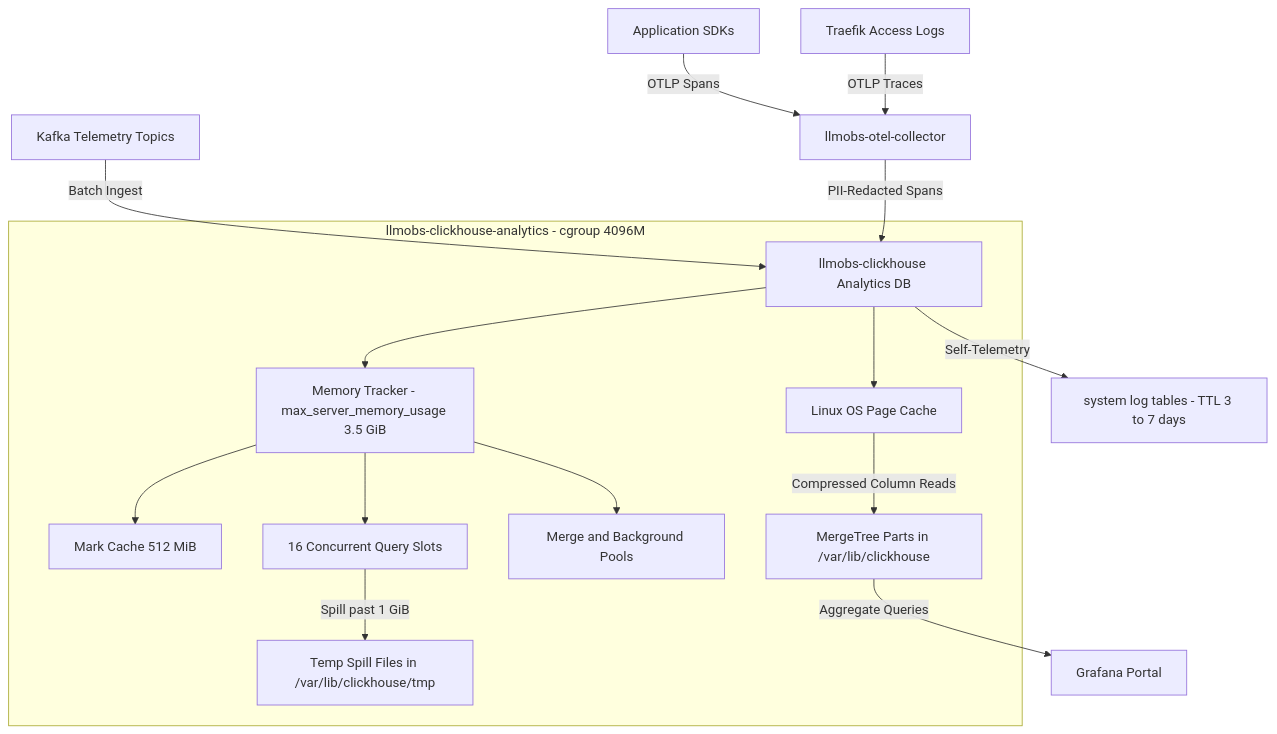
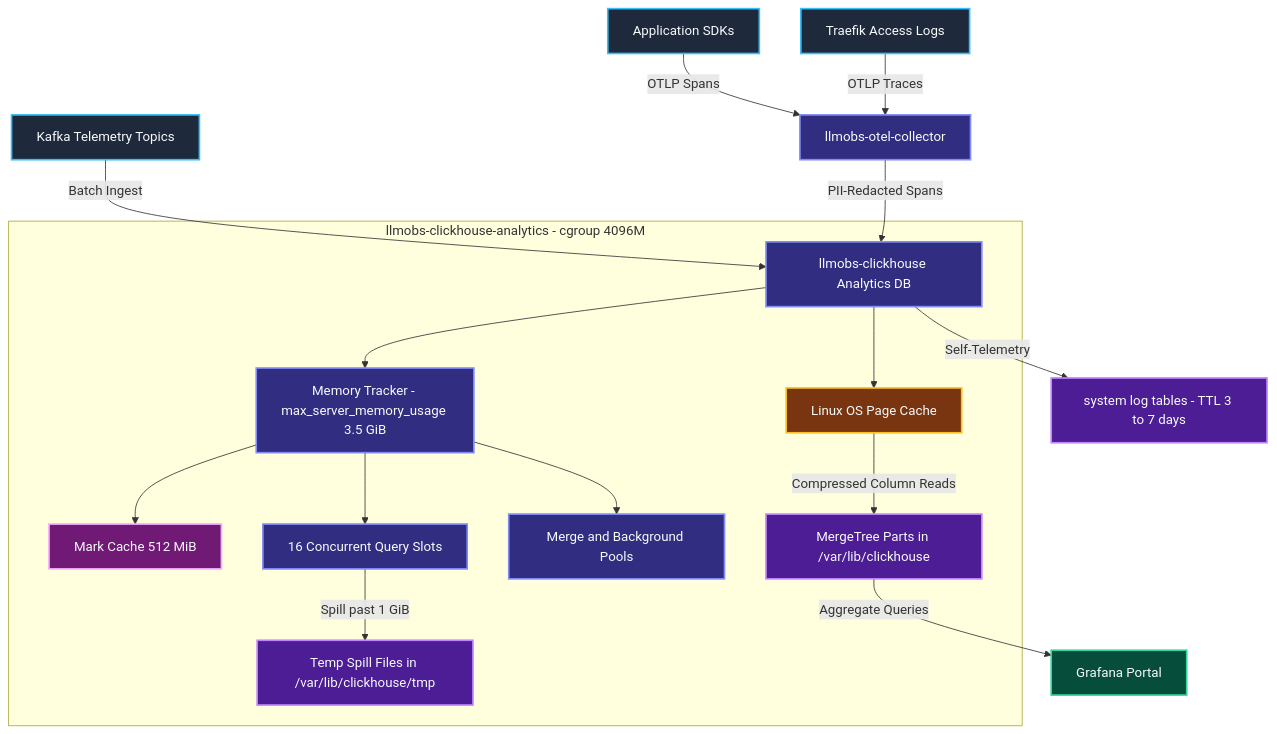
One commit to Chief-Strategist-J/llm-obs-infra changed the first of 17 diagrams in docs/configDoc/clickhouse-configuration-guide.md. Above: the diagram before and after it, drawn with Mermaid. The commit also changed other lines of this file, not shown here.

First line of the commit message:
fix(clickhouse-docs): repair Mermaid rendering, colour all diagrams, strip pseudocode comments

````diff
--- a/docs/configDoc/clickhouse-configuration-guide.md
+++ b/docs/configDoc/clickhouse-configuration-guide.md
@@ -452,21 +468,36 @@
 ```mermaid
 graph TD
     A1["Application SDKs"] -->|OTLP Spans| B1["llmobs-otel-collector"]
     A2["Traefik Access Logs"] -->|OTLP Traces| B1
     A3["Kafka Telemetry Topics"] -->|Batch Ingest| C1
 
     B1 -->|PII-Redacted Spans| C1["llmobs-clickhouse Analytics DB"]
 
     subgraph CHBoundary ["llmobs-clickhouse-analytics - cgroup 4096M"]
         C1 --> D1["Memory Tracker - max_server_memory_usage 3.5 GiB"]
         D1 --> D2["Mark Cache 512 MiB"]
         D1 --> D3["16 Concurrent Query Slots"]
         D1 --> D4["Merge and Background Pools"]
         C1 --> E1["Linux OS Page Cache"]
         E1 -->|Compressed Column Reads| F1["MergeTree Parts in /var/lib/clickhouse"]
         D3 -->|Spill past 1 GiB| F2["Temp Spill Files in /var/lib/clickhouse/tmp"]
     end
 
     F1 -->|Aggregate Queries| G1["Grafana Portal"]
     C1 -->|Self-Telemetry| H1["system log tables - TTL 3 to 7 days"]
+
+    style A1 fill:#1e293b,stroke:#38bdf8,stroke-width:2px,color:#f8fafc
+    style A2 fill:#1e293b,stroke:#38bdf8,stroke-width:2px,color:#f8fafc
+    style A3 fill:#1e293b,stroke:#38bdf8,stroke-width:2px,color:#f8fafc
+    style B1 fill:#312e81,stroke:#818cf8,stroke-width:2px,color:#f8fafc
+    style C1 fill:#312e81,stroke:#818cf8,stroke-width:2px,color:#f8fafc
+    style D1 fill:#312e81,stroke:#818cf8,stroke-width:2px,color:#f8fafc
+    style D3 fill:#312e81,stroke:#818cf8,stroke-width:2px,color:#f8fafc
+    style D4 fill:#312e81,stroke:#818cf8,stroke-width:2px,color:#f8fafc
+    style F1 fill:#4c1d95,stroke:#c084fc,stroke-width:2px,color:#f8fafc
+    style F2 fill:#4c1d95,stroke:#c084fc,stroke-width:2px,color:#f8fafc
+    style H1 fill:#4c1d95,stroke:#c084fc,stroke-width:2px,color:#f8fafc
+    style G1 fill:#064e3b,stroke:#34d399,stroke-width:2px,color:#f8fafc
+    style E1 fill:#78350f,stroke:#fbbf24,stroke-width:2px,color:#f8fafc
+    style D2 fill:#701a75,stroke:#f0abfc,stroke-width:2px,color:#f8fafc
 ```
````
